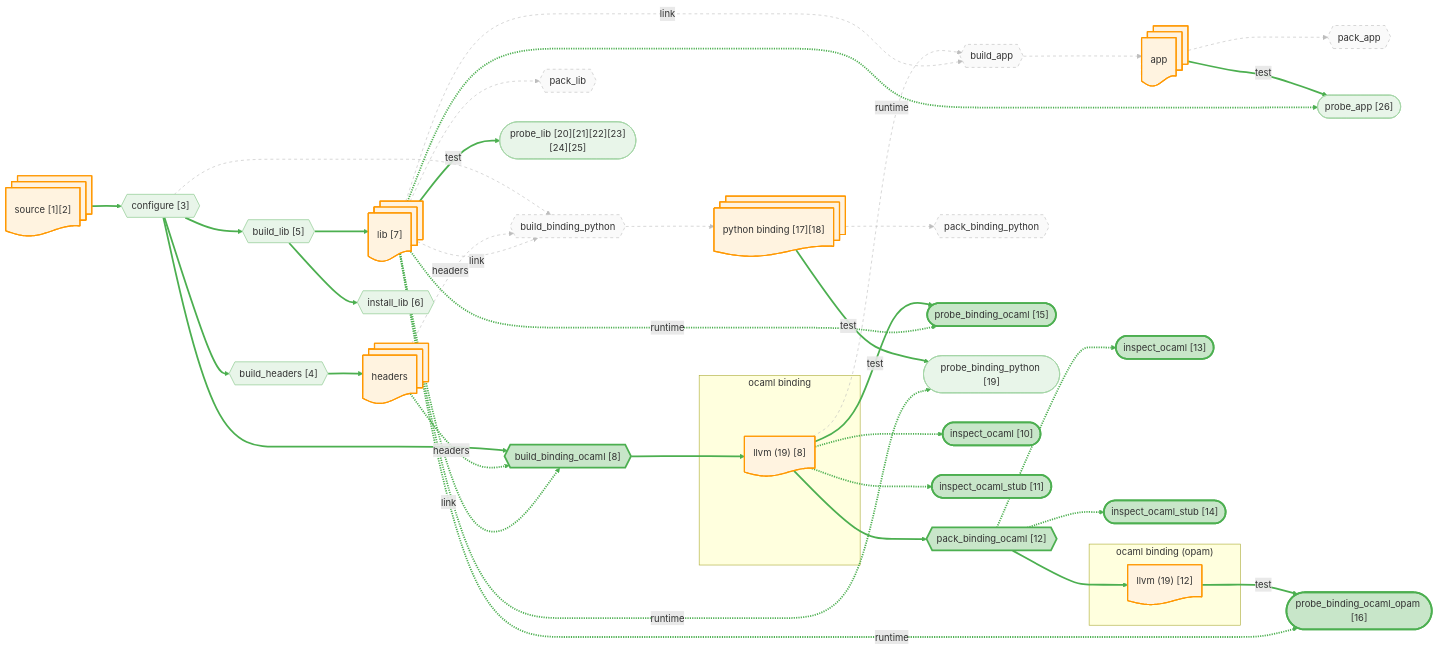
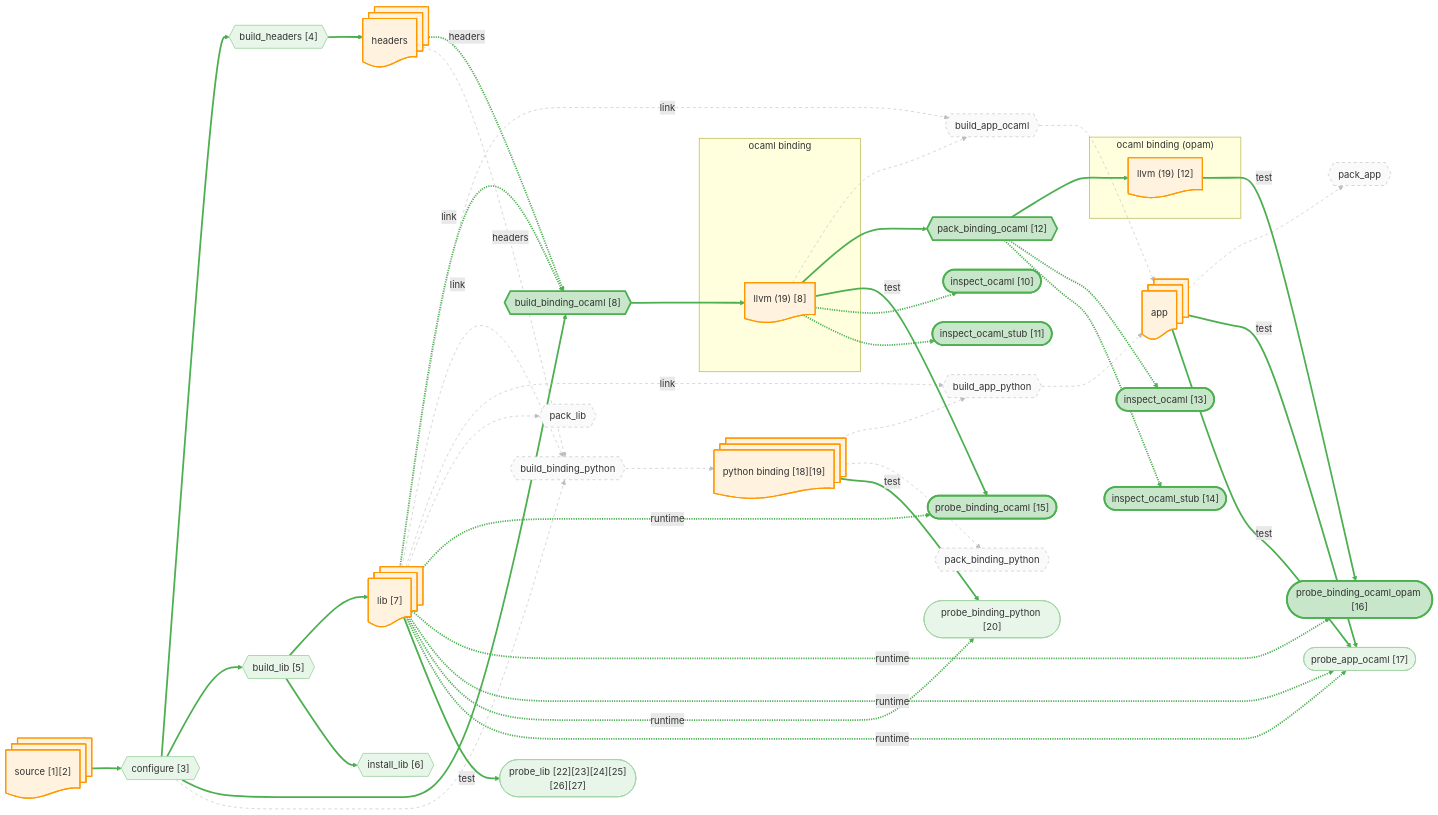
Before and after one commit to JHU-PL-Lab/tola: the diagram in docs/canary/projects/llvm/-run/diagrams/binding_ocaml.mmd, drawn with Mermaid. The commit also changed 888 other files, not shown here.

```diff
--- a/docs/canary/projects/llvm/-run/diagrams/binding_ocaml.mmd
+++ b/docs/canary/projects/llvm/-run/diagrams/binding_ocaml.mmd
@@ -1,135 +1,149 @@
 %% view: binding_ocaml
 graph LR
     source_node@{ shape: docs, label: "source [1][2]" }
     headers_node@{ shape: docs, label: "headers" }
     lib_node@{ shape: docs, label: "lib [7]" }
     app_node@{ shape: docs, label: "app" }
     subgraph ocaml_binding_input_sg ["ocaml binding"]
       ocaml_binding_build_tree_node@{ shape: doc, label: "llvm (19) [8]" }
     end
     subgraph ocaml_binding_product_sg ["ocaml binding (opam)"]
       ocaml_binding_opam_node@{ shape: doc, label: "llvm (19) [12]" }
     end
-    python_binding_node@{ shape: docs, label: "python binding [17][18]" }
+    python_binding_node@{ shape: docs, label: "python binding [18][19]" }
 
     A_configure{{"configure [3]"}}
     A_build_headers{{"build_headers [4]"}}
     A_build_lib{{"build_lib [5]"}}
     A_build_binding_ocaml{{"build_binding_ocaml [8]"}}
+    A_build_app_ocaml{{"build_app_ocaml"}}
     A_build_binding_python{{"build_binding_python"}}
-    A_build_app{{"build_app"}}
+    A_build_app_python{{"build_app_python"}}
     A_install_lib{{"install_lib [6]"}}
     A_pack_binding_ocaml{{"pack_binding_ocaml [12]"}}
     A_pack_binding_python{{"pack_binding_python"}}
     A_pack_lib{{"pack_lib"}}
     A_pack_app{{"pack_app"}}
     A_probe_binding_ocaml(["probe_binding_ocaml [15]"])
     A_probe_binding_ocaml_opam(["probe_binding_ocaml_opam [16]"])
-    A_probe_binding_python(["probe_binding_python [19]"])
-    A_probe_lib(["probe_lib [20][21][22][23][24][25]"])
-    A_probe_app(["probe_app [26]"])
+    A_probe_app_ocaml(["probe_app_ocaml [17]"])
+    A_probe_binding_python(["probe_binding_python [20]"])
+    A_probe_app_ocaml(["probe_app_ocaml [17]"])
+    A_probe_lib(["probe_lib [22][23][24][25][26][27]"])
     A_fetch_binding_ocaml_inspect(["inspect_ocaml [10]"])
     A_fetch_binding_ocaml_stub_inspect(["inspect_ocaml_stub [11]"])
     A_pack_binding_ocaml_inspect(["inspect_ocaml [13]"])
     A_pack_binding_ocaml_stub_inspect(["inspect_ocaml_stub [14]"])
 
     source_node --> A_configure
     A_configure --> A_build_headers
     A_build_headers --> headers_node
     A_configure --> A_build_lib
     A_build_lib --> lib_node
     A_configure --> A_build_binding_ocaml
     headers_node -.->|headers| A_build_binding_ocaml
     lib_node -.->|link| A_build_binding_ocaml
     A_build_binding_ocaml --> ocaml_binding_build_tree_node
+    ocaml_binding_build_tree_node --> A_build_app_ocaml
+    lib_node -.->|link| A_build_app_ocaml
+    A_build_app_ocaml --> app_node
     A_configure --> A_build_binding_python
     headers_node -.->|headers| A_build_binding_python
     lib_node -.->|link| A_build_binding_python
     A_build_binding_python --> python_binding_node
-    ocaml_binding_build_tree_node --> A_build_app
-    lib_node -.->|link| A_build_app
-    A_build_app --> app_node
+    python_binding_node --> A_build_app_python
+    lib_node -.->|link| A_build_app_python
+    A_build_app_python --> app_node
     A_build_lib --> A_install_lib
     ocaml_binding_build_tree_node --> A_pack_binding_ocaml
     A_pack_binding_ocaml --> ocaml_binding_opam_node
     python_binding_node --> A_pack_binding_python
     lib_node --> A_pack_lib
     app_node --> A_pack_app
     ocaml_binding_build_tree_node -->|test| A_probe_binding_ocaml
     lib_node -.->|runtime| A_probe_binding_ocaml
     ocaml_binding_opam_node -->|test| A_probe_binding_ocaml_opam
     lib_node -.->|runtime| A_probe_binding_ocaml_opam
+    app_node -->|test| A_probe_app_ocaml
+    lib_node -.->|runtime| A_probe_app_ocaml
     python_binding_node -->|test| A_probe_binding_python
     lib_node -.->|runtime| A_probe_binding_python
+    app_node -->|test| A_probe_app_ocaml
+    lib_node -.->|runtime| A_probe_app_ocaml
     lib_node -->|test| A_probe_lib
-    app_node -->|test| A_probe_app
-    lib_node -.->|runtime| A_probe_app
     ocaml_binding_build_tree_node -.-> A_fetch_binding_ocaml_inspect
     ocaml_binding_build_tree_node -.-> A_fetch_binding_ocaml_stub_inspect
     A_pack_binding_ocaml -.-> A_pack_binding_ocaml_inspect
     A_pack_binding_ocaml -.-> A_pack_binding_ocaml_stub_inspect
 
     classDef artifact fill:#fff3e0,stroke:#ff9800,stroke-width:2px
     classDef action fill:#f3e5f5,stroke:#9c27b0,stroke-width:2px
     classDef st_done fill:#c8e6c9,stroke:#4caf50,stroke-width:3px
     classDef st_done_ctx fill:#e8f5e9,stroke:#a5d6a7,stroke-width:1.5px
     classDef st_expected_fail fill:#fff9c4,stroke:#f9a825,stroke-width:2px
     classDef st_failed fill:#ffcdd2,stroke:#c62828,stroke-width:2px
     classDef st_skipped fill:#f5f5f5,stroke:#9e9e9e,stroke-dasharray:5
     classDef st_nospec fill:#fafafa,stroke:#bdbdbd,stroke-dasharray:5
     class source_node,headers_node,lib_node,app_node,ocaml_binding_build_tree_node,ocaml_binding_opam_node,python_binding_node artifact
     class A_configure st_done_ctx
     class A_build_headers st_done_ctx
     class A_build_lib st_done_ctx
     class A_build_binding_ocaml st_done
+    class A_build_app_ocaml st_nospec
     class A_build_binding_python st_nospec
-    class A_build_app st_nospec
+    class A_build_app_python st_nospec
     class A_install_lib st_done_ctx
     class A_pack_binding_ocaml st_done
     class A_pack_binding_python st_nospec
     class A_pack_lib st_nospec
     class A_pack_app st_nospec
     class A_probe_binding_ocaml st_done
     class A_probe_binding_ocaml_opam st_done
+    class A_probe_app_ocaml st_done_ctx
     class A_probe_binding_python st_done_ctx
+    class A_probe_app_ocaml st_done_ctx
     class A_probe_lib st_done_ctx
-    class A_probe_app st_done_ctx
     class A_fetch_binding_ocaml_inspect st_done
     class A_fetch_binding_ocaml_stub_inspect st_done
     class A_pack_binding_ocaml_inspect st_done
     class A_pack_binding_ocaml_stub_inspect st_done
     linkStyle 0 stroke:#4caf50,stroke-width:3px
     linkStyle 1 stroke:#4caf50,stroke-width:3px
     linkStyle 2 stroke:#4caf50,stroke-width:3px
     linkStyle 3 stroke:#4caf50,stroke-width:3px
     linkStyle 4 stroke:#4caf50,stroke-width:3px
     linkStyle 5 stroke:#4caf50,stroke-width:3px
     linkStyle 6 stroke:#4caf50,stroke-width:3px
     linkStyle 7 stroke:#4caf50,stroke-width:3px
     linkStyle 8 stroke:#4caf50,stroke-width:3px
     linkStyle 9 stroke:#bdbdbd,stroke-width:1px,stroke-dasharray:5
     linkStyle 10 stroke:#bdbdbd,stroke-width:1px,stroke-dasharray:5
     linkStyle 11 stroke:#bdbdbd,stroke-width:1px,stroke-dasharray:5
     linkStyle 12 stroke:#bdbdbd,stroke-width:1px,stroke-dasharray:5
     linkStyle 13 stroke:#bdbdbd,stroke-width:1px,stroke-dasharray:5
     linkStyle 14 stroke:#bdbdbd,stroke-width:1px,stroke-dasharray:5
     linkStyle 15 stroke:#bdbdbd,stroke-width:1px,stroke-dasharray:5
-    linkStyle 16 stroke:#4caf50,stroke-width:3px
-    linkStyle 17 stroke:#4caf50,stroke-width:3px
-    linkStyle 18 stroke:#4caf50,stroke-width:3px
-    linkStyle 19 stroke:#bdbdbd,stroke-width:1px,stroke-dasharray:5
-    linkStyle 20 stroke:#bdbdbd,stroke-width:1px,stroke-dasharray:5
-    linkStyle 21 stroke:#bdbdbd,stroke-width:1px,stroke-dasharray:5
-    linkStyle 22 stroke:#4caf50,stroke-width:3px
-    linkStyle 23 stroke:#4caf50,stroke-width:3px
-    linkStyle 24 stroke:#4caf50,stroke-width:3px
+    linkStyle 16 stroke:#bdbdbd,stroke-width:1px,stroke-dasharray:5
+    linkStyle 17 stroke:#bdbdbd,stroke-width:1px,stroke-dasharray:5
+    linkStyle 18 stroke:#bdbdbd,stroke-width:1px,stroke-dasharray:5
+    linkStyle 19 stroke:#4caf50,stroke-width:3px
+    linkStyle 20 stroke:#4caf50,stroke-width:3px
+    linkStyle 21 stroke:#4caf50,stroke-width:3px
+    linkStyle 22 stroke:#bdbdbd,stroke-width:1px,stroke-dasharray:5
+    linkStyle 23 stroke:#bdbdbd,stroke-width:1px,stroke-dasharray:5
+    linkStyle 24 stroke:#bdbdbd,stroke-width:1px,stroke-dasharray:5
     linkStyle 25 stroke:#4caf50,stroke-width:3px
     linkStyle 26 stroke:#4caf50,stroke-width:3px
     linkStyle 27 stroke:#4caf50,stroke-width:3px
     linkStyle 28 stroke:#4caf50,stroke-width:3px
     linkStyle 29 stroke:#4caf50,stroke-width:3px
     linkStyle 30 stroke:#4caf50,stroke-width:3px
     linkStyle 31 stroke:#4caf50,stroke-width:3px
     linkStyle 32 stroke:#4caf50,stroke-width:3px
     linkStyle 33 stroke:#4caf50,stroke-width:3px
     linkStyle 34 stroke:#4caf50,stroke-width:3px
+    linkStyle 35 stroke:#4caf50,stroke-width:3px
+    linkStyle 36 stroke:#4caf50,stroke-width:3px
+    linkStyle 37 stroke:#4caf50,stroke-width:3px
+    linkStyle 38 stroke:#4caf50,stroke-width:3px
+    linkStyle 39 stroke:#4caf50,stroke-width:3px
```
